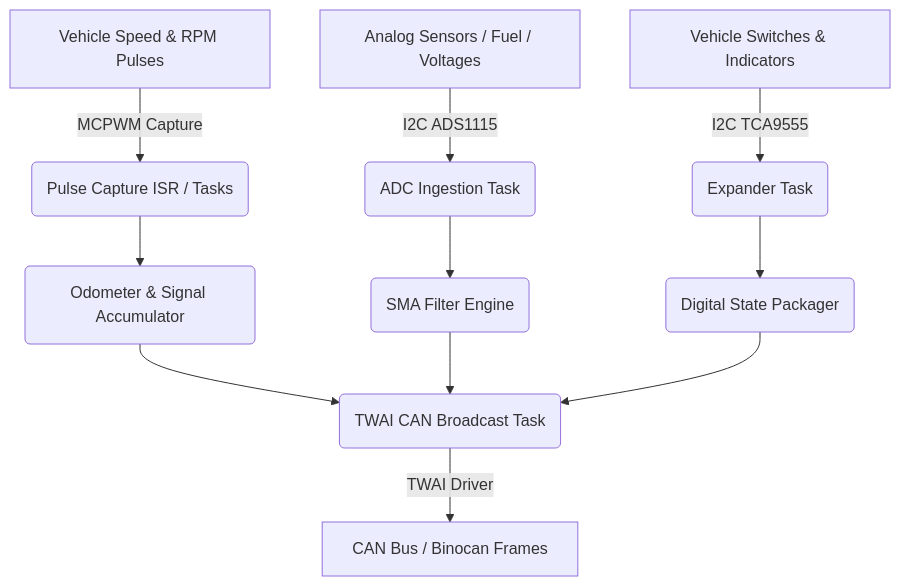
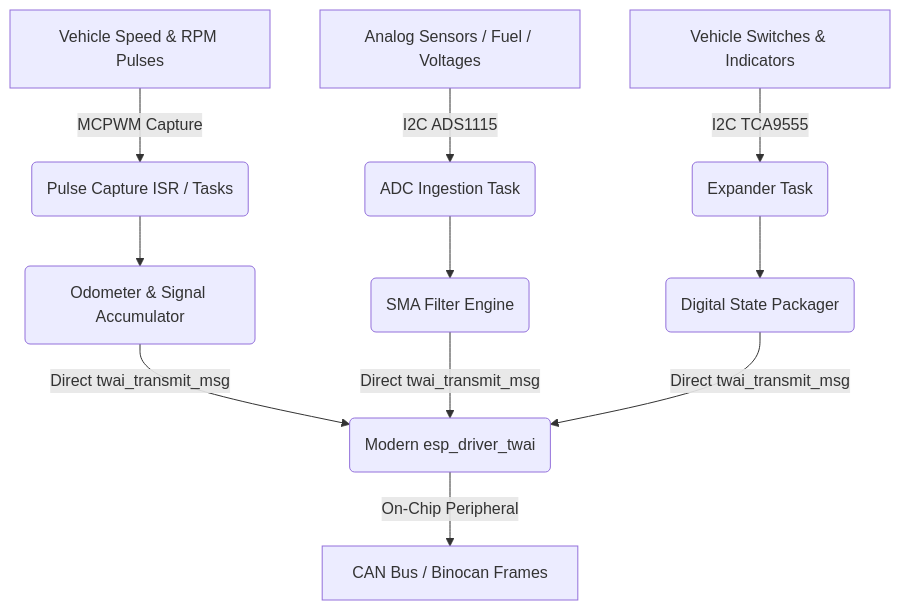
Before and after one commit to martinroger/vx-binocle-espidf: the diagram in interface_board/TOO.MD, drawn with Mermaid. The commit also changed other lines of this file and 27 other files, not shown here.

First line of the commit message:
feat(twai): migrate to modern esp_driver_twai API and add async TX pool (#42)

````diff
--- a/interface_board/TOO.MD
+++ b/interface_board/TOO.MD
@@ -7,15 +7,15 @@
 ```mermaid
 graph TD
     A[Vehicle Speed & RPM Pulses] -->|MCPWM Capture| B(Pulse Capture ISR / Tasks)
     C[Analog Sensors / Fuel / Voltages] -->|I2C ADS1115| D(ADC Ingestion Task)
     E[Vehicle Switches & Indicators] -->|I2C TCA9555| F(Expander Task)
     
     B --> G(Odometer & Signal Accumulator)
     D --> H(SMA Filter Engine)
     F --> I(Digital State Packager)
     
-    G --> J(TWAI CAN Broadcast Task)
-    H --> J
-    I --> J
-    J -->|TWAI Driver| K[CAN Bus / Binocan Frames]
+    G -->|Direct twai_transmit_msg| J(Modern esp_driver_twai)
+    H -->|Direct twai_transmit_msg| J
+    I -->|Direct twai_transmit_msg| J
+    J -->|On-Chip Peripheral| K[CAN Bus / Binocan Frames]
 ```
````
